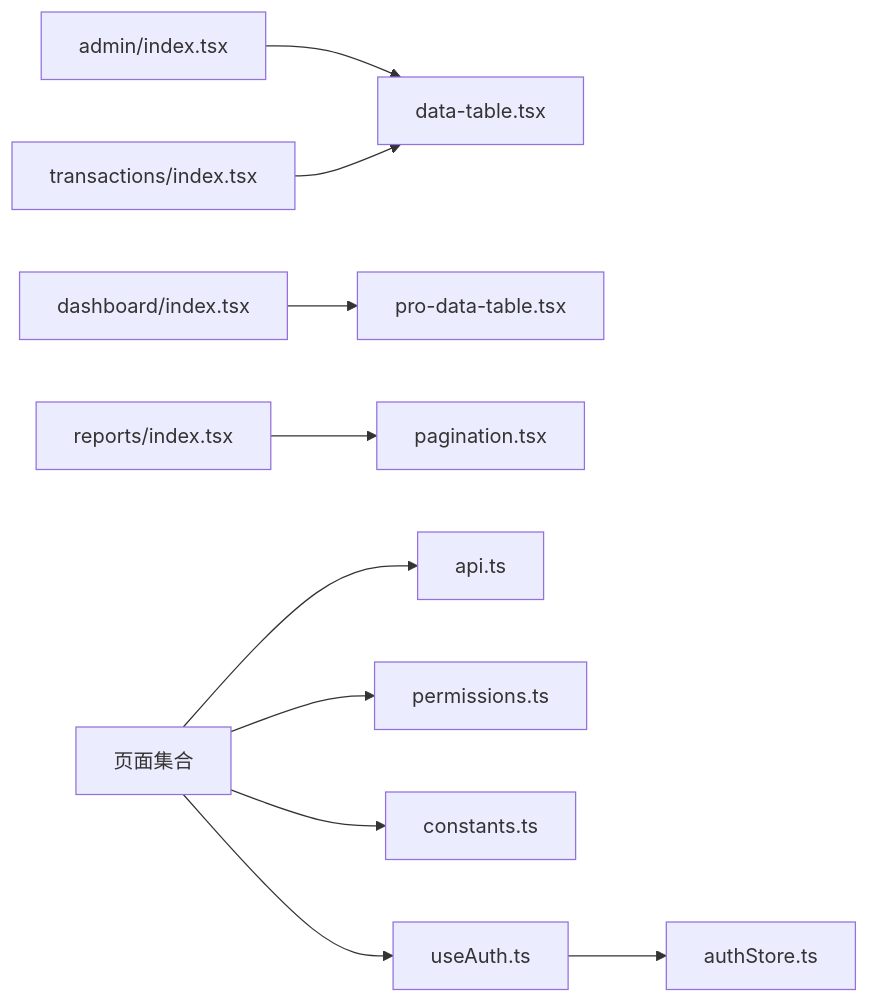
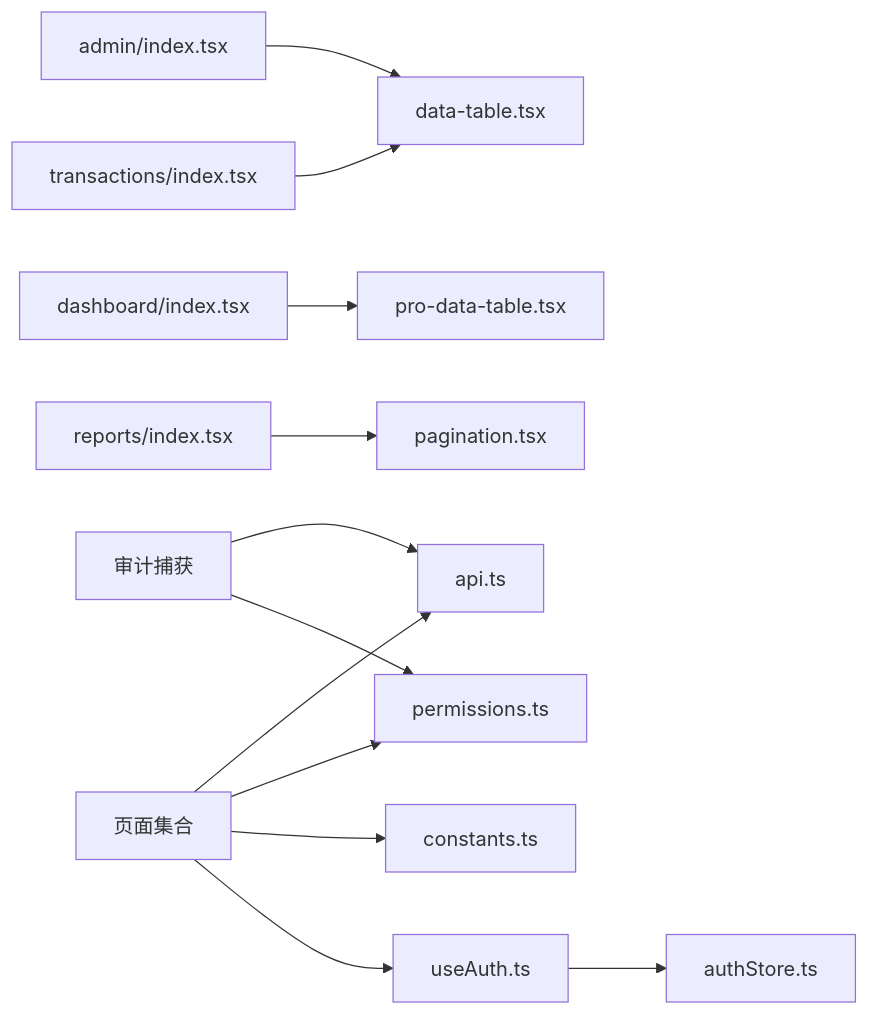
One commit to Damao997/newproject changed the sixth of 6 diagrams in .qoder/repowiki/zh/content/核心模块/审计日志系统.md. Above: the diagram before and after it, drawn with Mermaid. The commit also changed other lines of this file and 26 other files, not shown here.

````diff
--- a/.qoder/repowiki/zh/content/核心模块/审计日志系统.md
+++ b/.qoder/repowiki/zh/content/核心模块/审计日志系统.md
@@ -228,12 +270,14 @@
 ```mermaid
 graph LR
 Admin["admin/index.tsx"] --> DataTable["data-table.tsx"]
 Dashboard["dashboard/index.tsx"] --> ProTable["pro-data-table.tsx"]
 Reports["reports/index.tsx"] --> Pagination["pagination.tsx"]
 Transactions["transactions/index.tsx"] --> DataTable
 Pages["页面集合"] --> API["api.ts"]
 Pages --> Perm["permissions.ts"]
 Pages --> Consts["constants.ts"]
 Auth["useAuth.ts"] --> Store["authStore.ts"]
 Pages --> Auth
+Audit["审计捕获"] --> API
+Audit --> Perm
 ```
````
